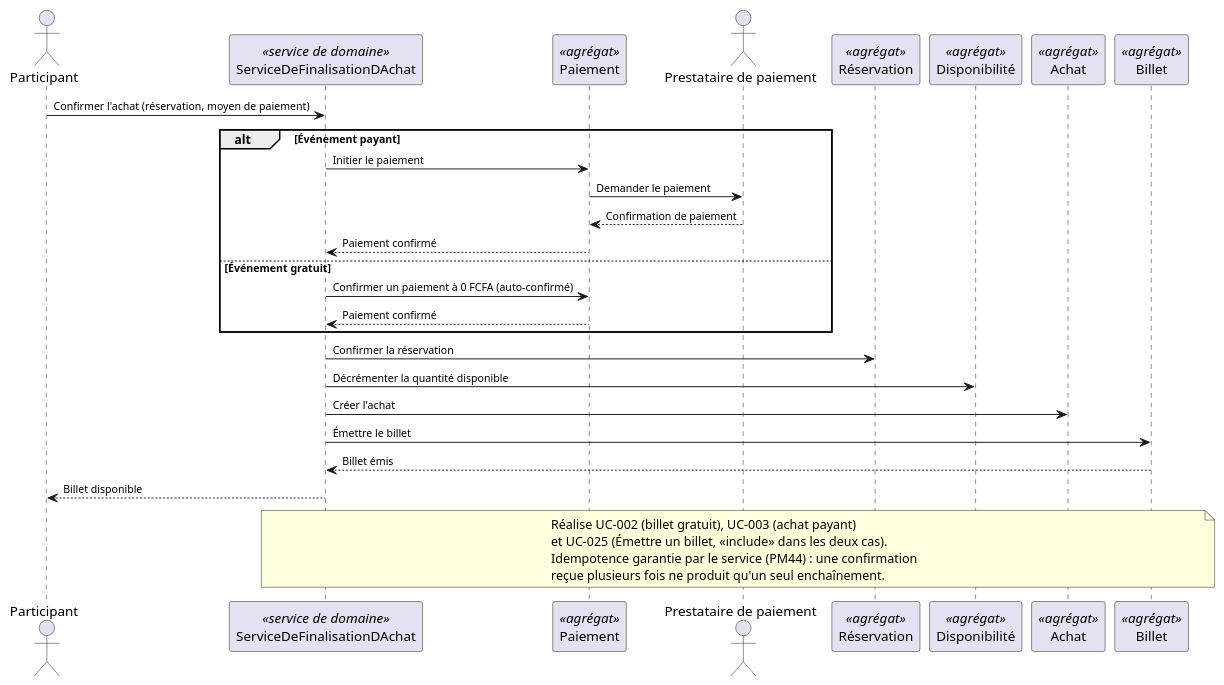
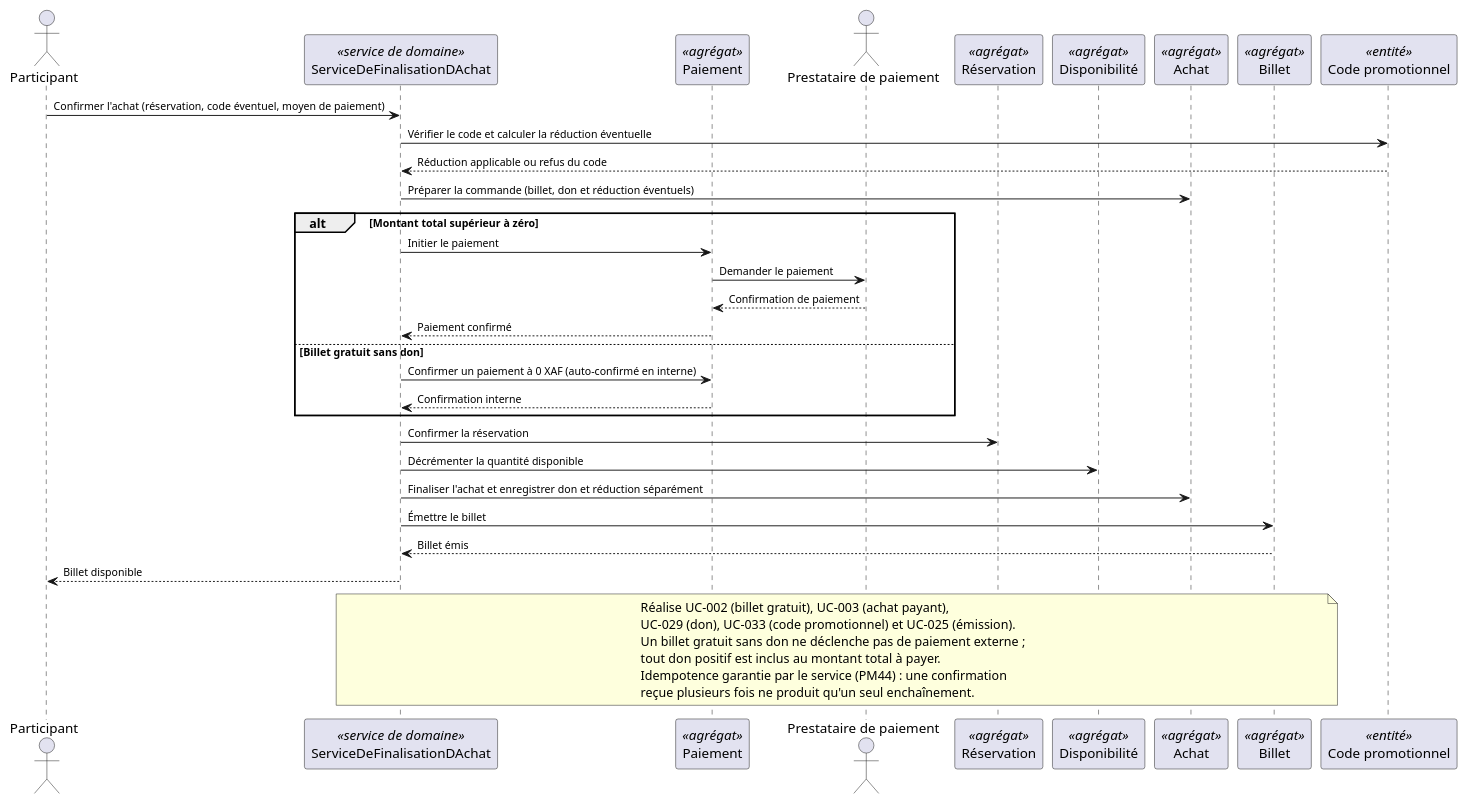
Before and after one commit to SamuHabra/eventix-documentation: the third of 11 diagrams in docs/06-modelisation-uml/diagrammes-de-sequence.md, drawn with PlantUML. The commit also changed other lines of this file and 67 other files, not shown here.

````diff
--- a/docs/06-modelisation-uml/diagrammes-de-sequence.md
+++ b/docs/06-modelisation-uml/diagrammes-de-sequence.md
@@ -145,39 +145,46 @@
 ```plantuml
 @startuml seq-03-finalisation-achat
 skinparam ArrowFontSize 11
 actor Participant as P
 participant "ServiceDeFinalisationDAchat" as SVC <<service de domaine>>
 participant "Paiement" as PAY <<agrégat>>
 actor "Prestataire de paiement" as PSP
 participant "Réservation" as RES <<agrégat>>
 participant "Disponibilité" as DISP <<agrégat>>
 participant "Achat" as ACH <<agrégat>>
 participant "Billet" as BIL <<agrégat>>
+participant "Code promotionnel" as PROMO <<entité>>
 
-P -> SVC : Confirmer l'achat (réservation, moyen de paiement)
+P -> SVC : Confirmer l'achat (réservation, code éventuel, moyen de paiement)
+SVC -> PROMO : Vérifier le code et calculer la réduction éventuelle
+PROMO --> SVC : Réduction applicable ou refus du code
 
-alt Événement payant
+SVC -> ACH : Préparer la commande (billet, don et réduction éventuels)
+
+alt Montant total supérieur à zéro
   SVC -> PAY : Initier le paiement
   PAY -> PSP : Demander le paiement
   PSP --> PAY : Confirmation de paiement
   PAY --> SVC : Paiement confirmé
-else Événement gratuit
-  SVC -> PAY : Confirmer un paiement à 0 FCFA (auto-confirmé)
-  PAY --> SVC : Paiement confirmé
+else Billet gratuit sans don
+  SVC -> PAY : Confirmer un paiement à 0 XAF (auto-confirmé en interne)
+  PAY --> SVC : Confirmation interne
 end
 
 SVC -> RES : Confirmer la réservation
 SVC -> DISP : Décrémenter la quantité disponible
-SVC -> ACH : Créer l'achat
+SVC -> ACH : Finaliser l'achat et enregistrer don et réduction séparément
 SVC -> BIL : Émettre le billet
 BIL --> SVC : Billet émis
 SVC --> P : Billet disponible
 
 note over SVC, BIL
-  Réalise UC-002 (billet gratuit), UC-003 (achat payant)
-  et UC-025 (Émettre un billet, <<include>> dans les deux cas).
+  Réalise UC-002 (billet gratuit), UC-003 (achat payant),
+  UC-029 (don), UC-033 (code promotionnel) et UC-025 (émission).
+  Un billet gratuit sans don ne déclenche pas de paiement externe ;
+  tout don positif est inclus au montant total à payer.
   Idempotence garantie par le service (PM44) : une confirmation
   reçue plusieurs fois ne produit qu'un seul enchaînement.
 end note
 @enduml
 ```
````
